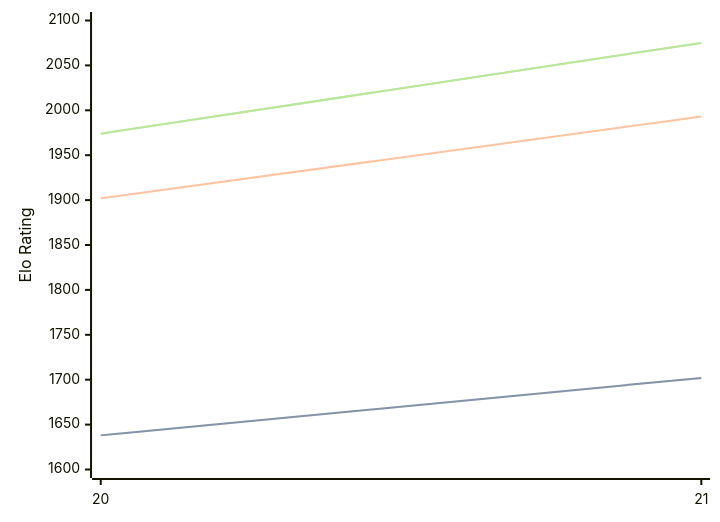
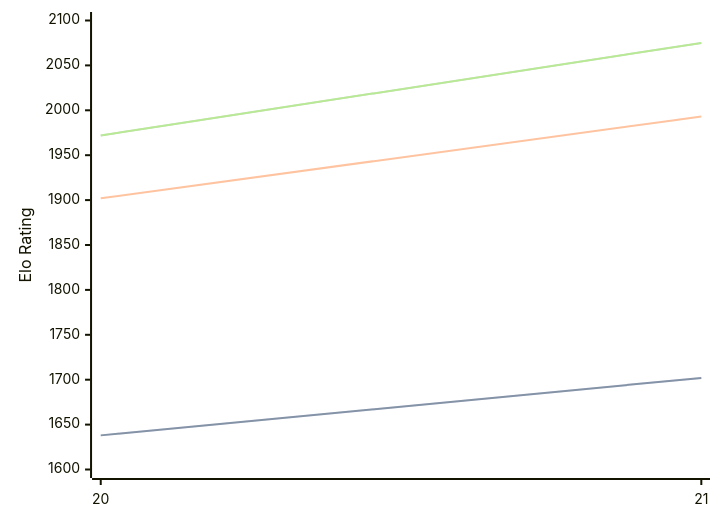
Before and after one commit to computer-chess-index/cci: the diagram in engines/PurplePanda.md, drawn with Mermaid. The commit also changed other lines of this file, not shown here.

Commit message:
Update CCI Ratings (ELO VLTC) - 2026-08-10

````diff
--- a/engines/PurplePanda.md
+++ b/engines/PurplePanda.md
@@ -32,11 +32,11 @@
 ```mermaid
 %%{init: {"theme":"base","themeVariables":{"seriesColors:['#a3a3a3','#222221','#faa371']}}}%%
 xychart-beta
   x-axis ["20", "21"]
   y-axis "Elo Rating" 1600 --> 2100
   line "STC (8.0+0.08s)" [1638, 1702]
   line "STC (8.0+0.08s)" [1638, 1702]
   line "LTC (60.0+0.60s)" [1902, 1993]
-  line "VLTC (2m24s+1.12s)" [1974, 2075]
-  line "VLTC (2m24s+1.12s)" [1974, 2075]
+  line "VLTC (2m24s+1.12s)" [1972, 2075]
+  line "VLTC (2m24s+1.12s)" [1972, 2075]
 ```
````
